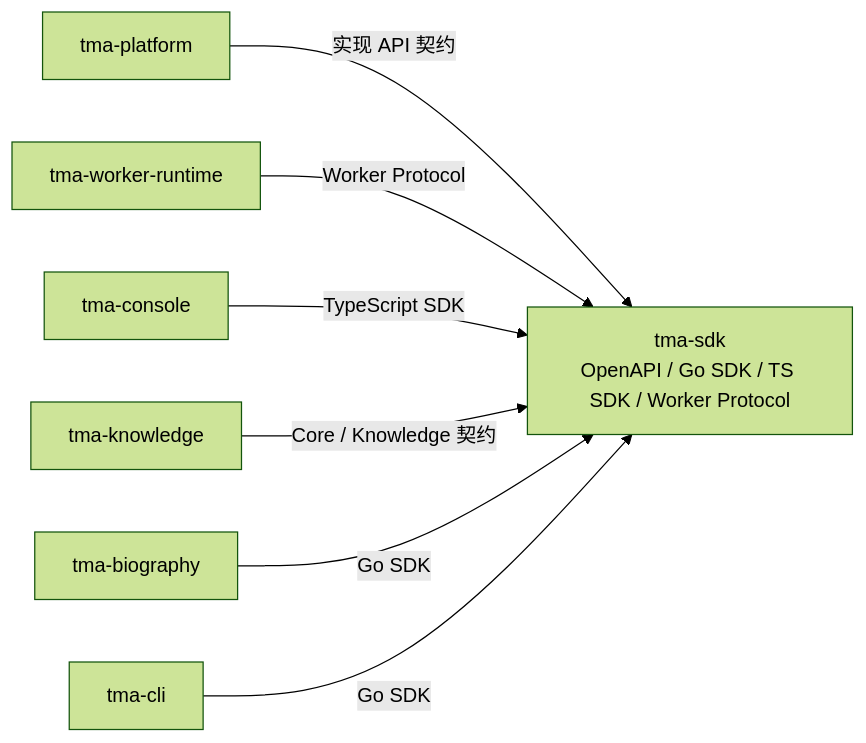
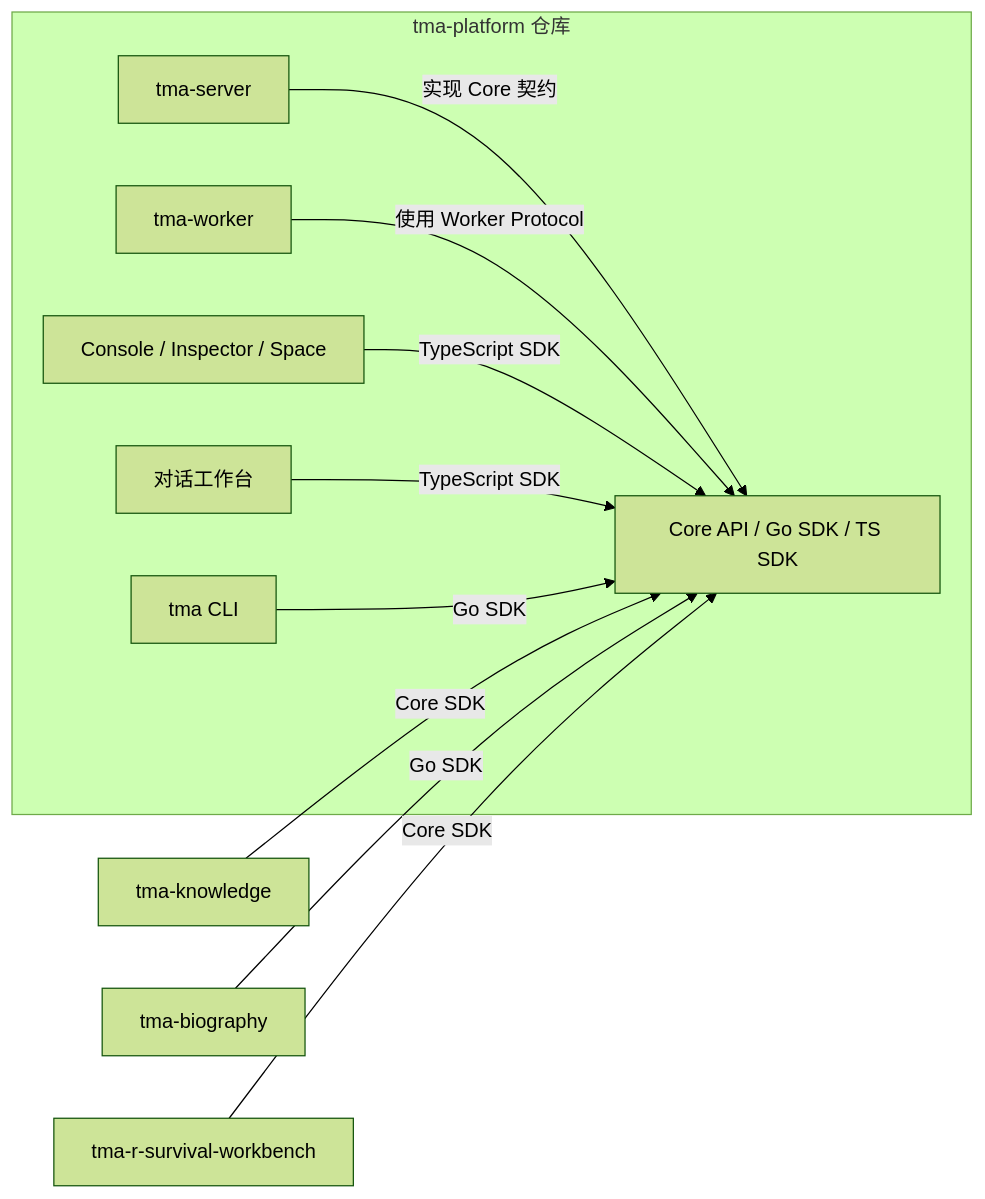
The first of 2 diagrams in docs/repository-split.md (uyshero/tiggy-manage-agent), drawn with Mermaid (forest theme) before and after one commit. The commit also changed other lines of this file and 178 other files, not shown here.

````diff
--- a/docs/repository-split.md
+++ b/docs/repository-split.md
@@ -29,17 +35,23 @@
 ```mermaid
 flowchart LR
-  SDK["tma-sdk<br/>OpenAPI / Go SDK / TS SDK / Worker Protocol"]
-  Platform["tma-platform"]
-  Worker["tma-worker-runtime"]
-  Console["tma-console"]
+  subgraph PlatformRepo["tma-platform 仓库"]
+    SDK["Core API / Go SDK / TS SDK"]
+    Platform["tma-server"]
+    Worker["tma-worker"]
+    Console["Console / Inspector / Space"]
+    ChatWorkbench["对话工作台"]
+    CLI["tma CLI"]
+  end
   Knowledge["tma-knowledge"]
   Biography["tma-biography"]
-  CLI["tma-cli"]
+  RSurvival["tma-r-survival-workbench"]
 
-  Platform -->|实现 API 契约| SDK
-  Worker -->|Worker Protocol| SDK
+  Platform -->|实现 Core 契约| SDK
+  Worker -->|使用 Worker Protocol| SDK
   Console -->|TypeScript SDK| SDK
-  Knowledge -->|Core / Knowledge 契约| SDK
+  ChatWorkbench -->|TypeScript SDK| SDK
+  Knowledge -->|Core SDK| SDK
   Biography -->|Go SDK| SDK
+  RSurvival -->|Core SDK| SDK
   CLI -->|Go SDK| SDK
 ```
````
